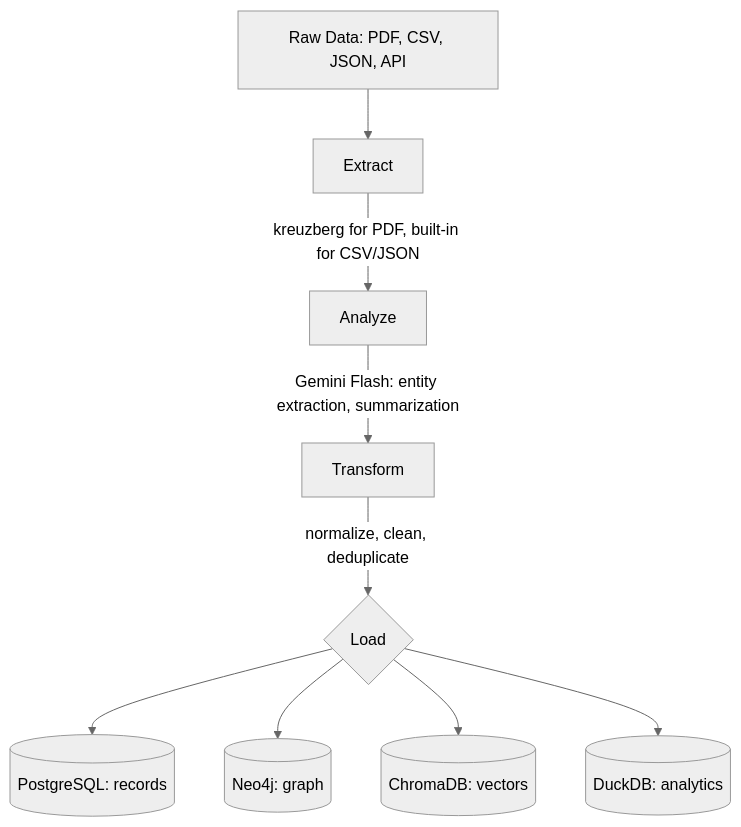
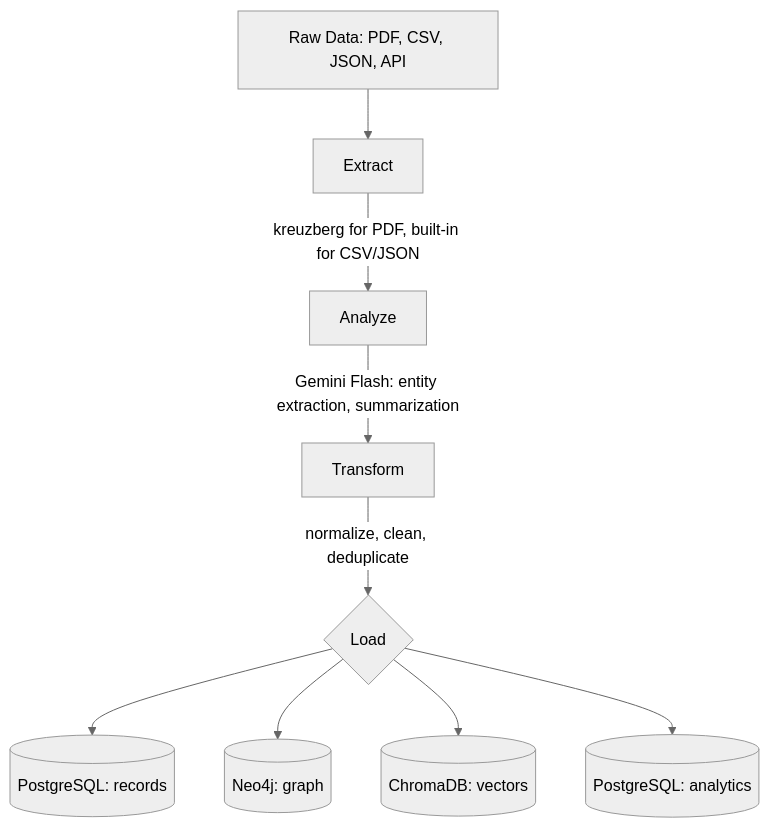
Before and after one commit to annabeckers/q-hack-2026: the fourth of 7 diagrams in docs/architecture.md, drawn with Mermaid (neutral theme). The commit also changed other lines of this file and 20 other files, not shown here.

````diff
--- a/docs/architecture.md
+++ b/docs/architecture.md
@@ -175,11 +175,11 @@
 ```mermaid
 flowchart TD
     A[Raw Data: PDF, CSV, JSON, API] --> B[Extract]
     B -->|kreuzberg for PDF, built-in for CSV/JSON| C[Analyze]
     C -->|Gemini Flash: entity extraction, summarization| D[Transform]
     D -->|normalize, clean, deduplicate| E{Load}
     E --> F[(PostgreSQL: records)]
     E --> G[(Neo4j: graph)]
     E --> H[(ChromaDB: vectors)]
-    E --> I[(DuckDB: analytics)]
+    E --> I[(PostgreSQL: analytics)]
 ```
````
